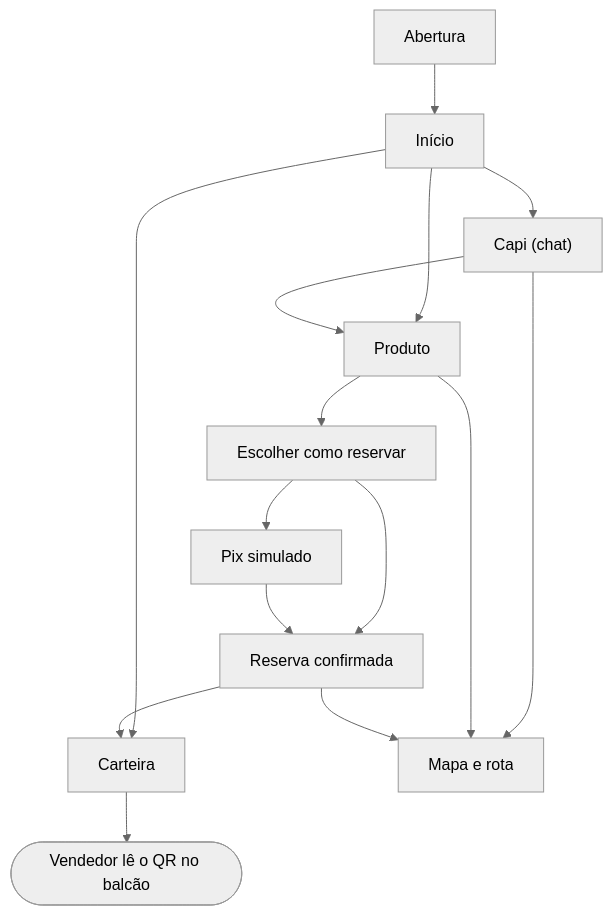
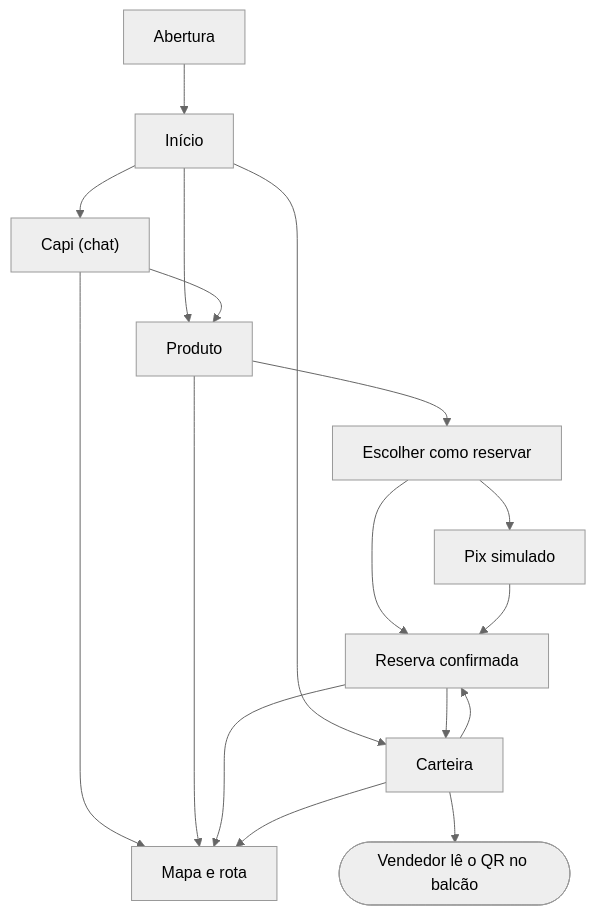
The diagram in docs/telas.md (Gustavo16378/tyranitar-capim-dourado), drawn with Mermaid (neutral theme) before and after one commit. The commit also changed other lines of this file and 5 other files, not shown here.

````diff
--- a/docs/telas.md
+++ b/docs/telas.md
@@ -7,17 +7,19 @@
 ```mermaid
 flowchart TB
   abertura["Abertura"] --> inicio["Início"]
   inicio --> capi["Capi (chat)"]
   inicio --> produto["Produto"]
   inicio --> carteira["Carteira"]
   capi --> produto
   capi --> mapa["Mapa e rota"]
   produto --> reservar["Escolher como reservar"]
   produto --> mapa
   reservar --> pix["Pix simulado"]
   reservar --> reserva["Reserva confirmada"]
   pix --> reserva
   reserva --> mapa
   reserva --> carteira
+  carteira --> reserva
+  carteira --> mapa
   carteira --> balcao(["Vendedor lê o QR no balcão"])
 ```
````
